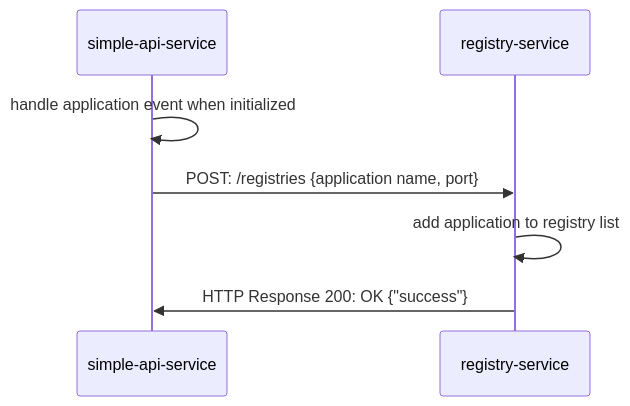
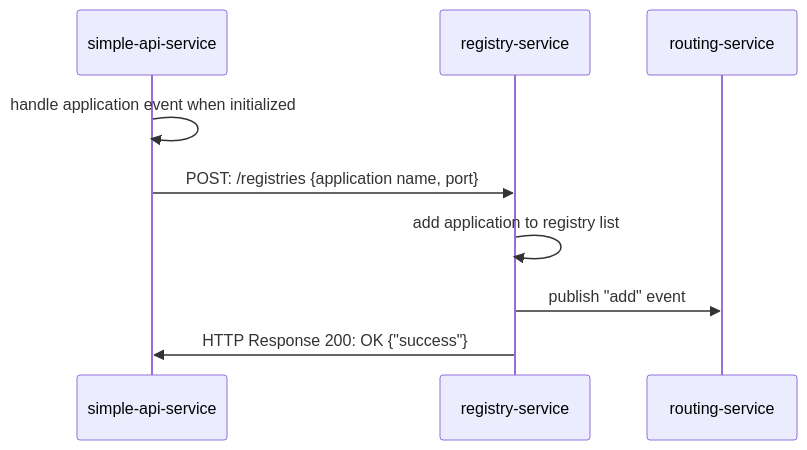
One commit to punyisakra/simple-api-service changed the second of 2 diagrams in README.md. Above: the diagram before and after it, drawn with Mermaid.

````diff
--- a/README.md
+++ b/README.md
@@ -25,9 +25,11 @@
 ```mermaid
 sequenceDiagram
     participant simple-api-service
     participant registry-service
+    participant routing-service
     simple-api-service->>simple-api-service: handle application event when initialized
     simple-api-service->>registry-service: POST: /registries {application name, port}
     registry-service->>registry-service: add application to registry list
+    registry-service->>routing-service: publish "add" event
     registry-service->>simple-api-service: HTTP Response 200: OK {"success"}
 ```
````
